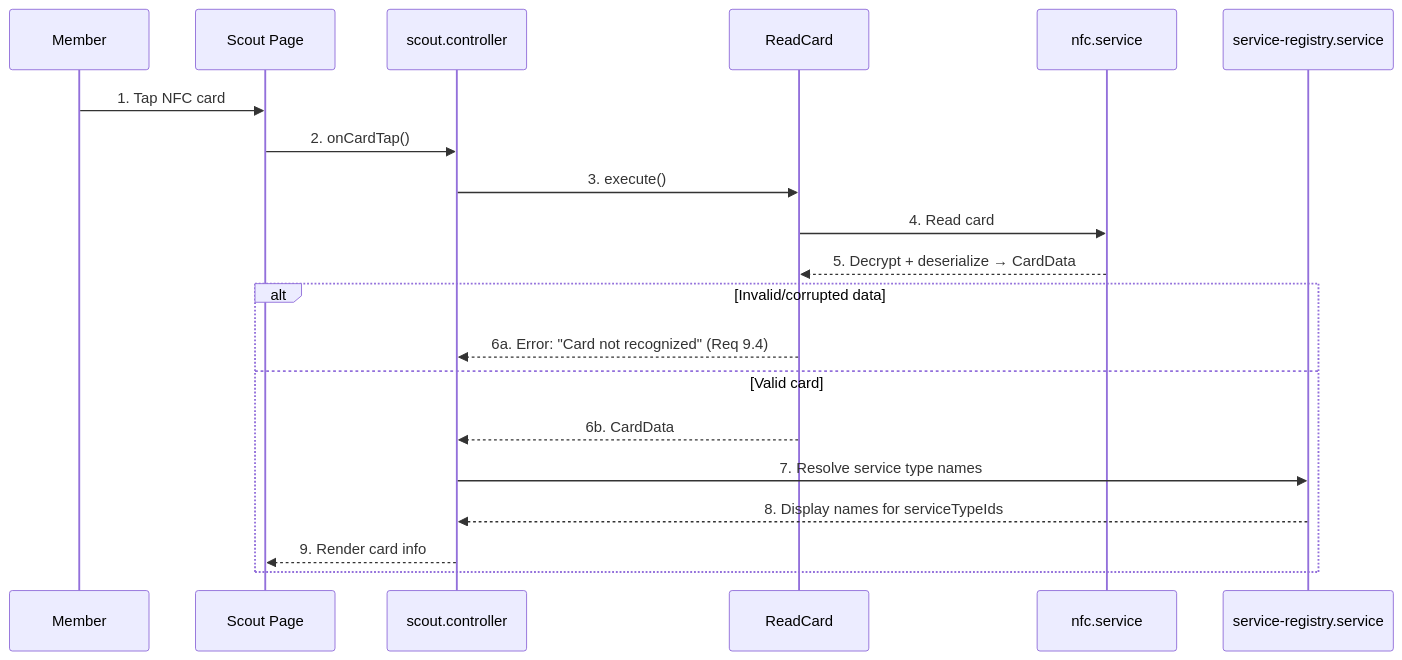
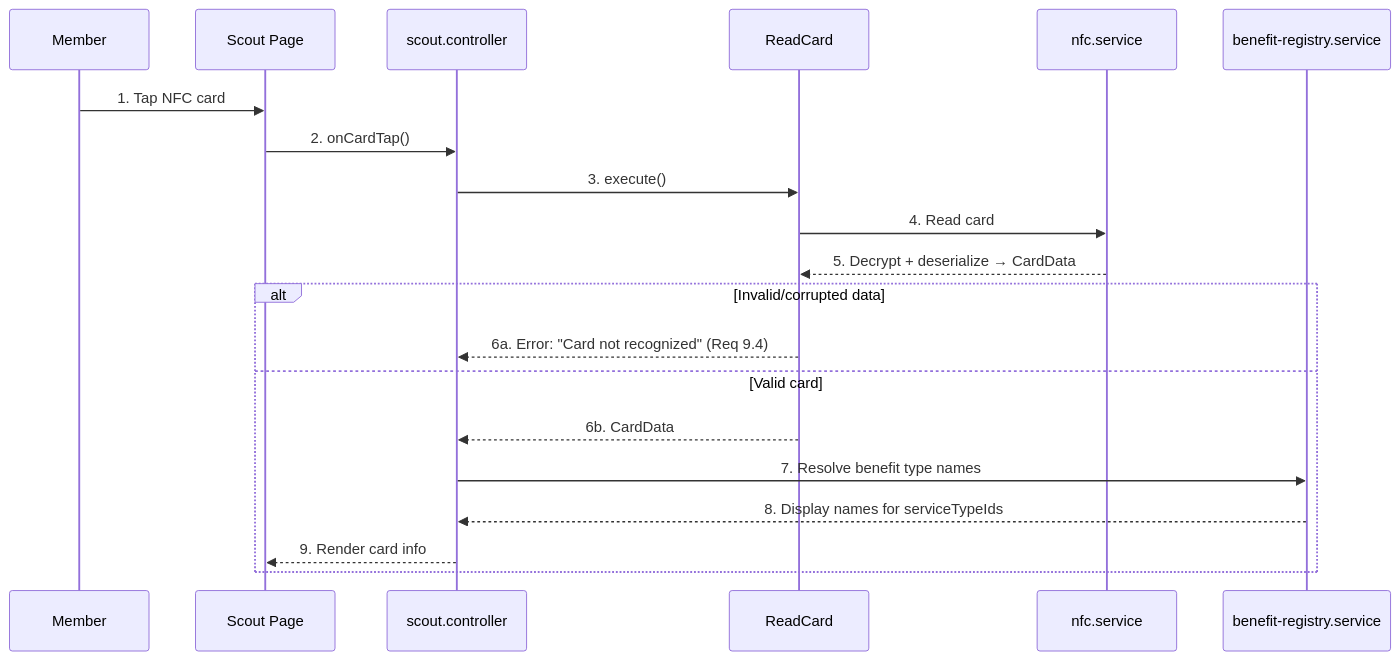
Before and after one commit to widdestoyud/assesment-s1-2026: the diagram in docs/wiki/membership-benefit-card/03-Business-Flows/Card-Reading-Scout.md, drawn with Mermaid. The commit also changed 31 other files, not shown here.

First line of the commit message:
docs(mbc): Update all documentation for ServiceType to BenefitType rename

````diff
--- a/docs/wiki/membership-benefit-card/03-Business-Flows/Card-Reading-Scout.md
+++ b/docs/wiki/membership-benefit-card/03-Business-Flows/Card-Reading-Scout.md
@@ -14,25 +14,25 @@
 ```mermaid
 sequenceDiagram
     participant Member as Member
     participant UI as Scout Page
     participant Ctrl as scout.controller
     participant UC as ReadCard
     participant NFC as nfc.service
-    participant Reg as service-registry.service
+    participant Reg as benefit-registry.service
 
     Member->>UI: 1. Tap NFC card
     UI->>Ctrl: 2. onCardTap()
     Ctrl->>UC: 3. execute()
 
     UC->>NFC: 4. Read card
     NFC-->>UC: 5. Decrypt + deserialize → CardData
 
     alt Invalid/corrupted data
         UC-->>Ctrl: 6a. Error: "Card not recognized" (Req 9.4)
     else Valid card
         UC-->>Ctrl: 6b. CardData
-        Ctrl->>Reg: 7. Resolve service type names
+        Ctrl->>Reg: 7. Resolve benefit type names
         Reg-->>Ctrl: 8. Display names for serviceTypeIds
         Ctrl-->>UI: 9. Render card info
     end
 ```
````
